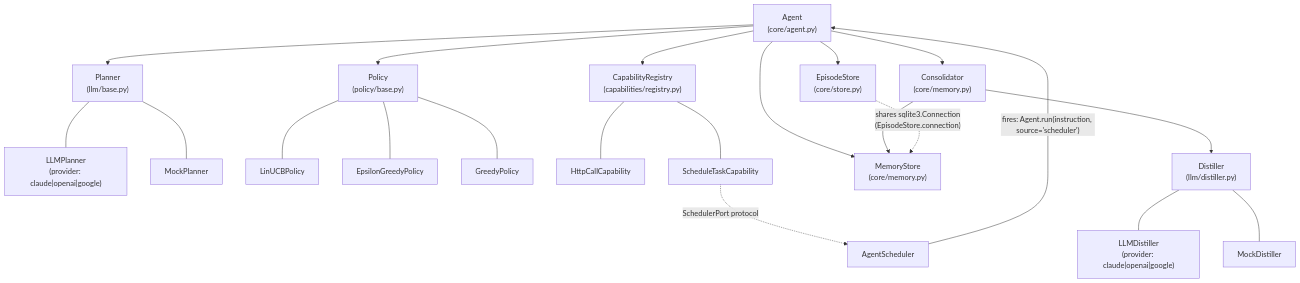
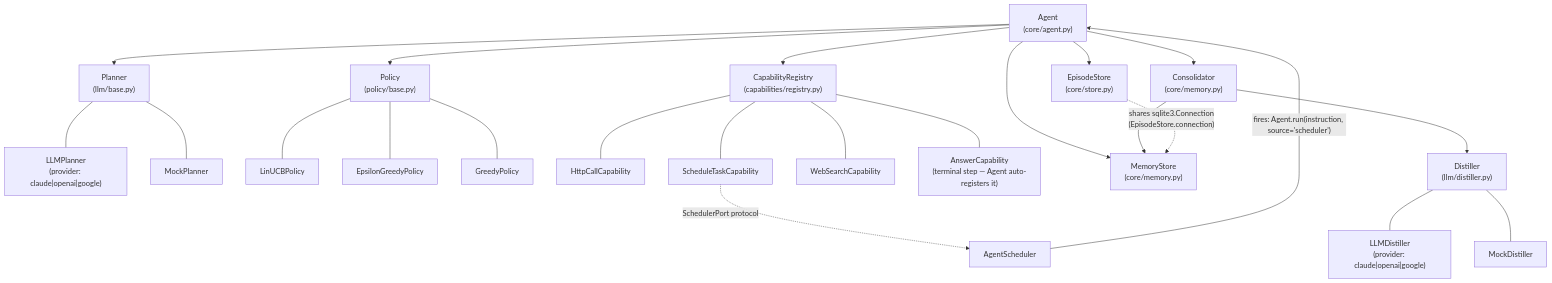
Before and after one commit to nadermedhet148/agentic-rl: the second of 6 diagrams in docs/ARCHITECTURE.md, drawn with Mermaid. The commit also changed other lines of this file and 35 other files, not shown here.

````diff
--- a/docs/ARCHITECTURE.md
+++ b/docs/ARCHITECTURE.md
@@ -54,47 +56,51 @@
 ```mermaid
 graph TB
     Agent["Agent<br/>(core/agent.py)"]
 
     Planner["Planner<br/>(llm/base.py)"]
     LLMPlanner["LLMPlanner<br/>(provider: claude|openai|google)"]
     MockPlanner["MockPlanner"]
     Planner --- LLMPlanner
     Planner --- MockPlanner
 
     Policy["Policy<br/>(policy/base.py)"]
     LinUCB["LinUCBPolicy"]
     Epsilon["EpsilonGreedyPolicy"]
     Greedy["GreedyPolicy"]
     Policy --- LinUCB
     Policy --- Epsilon
     Policy --- Greedy
 
     Registry["CapabilityRegistry<br/>(capabilities/registry.py)"]
     HttpCap["HttpCallCapability"]
     SchedCap["ScheduleTaskCapability"]
+    SearchCap["WebSearchCapability"]
+    AnswerCap["AnswerCapability<br/>(terminal step — Agent auto-registers it)"]
     Registry --- HttpCap
     Registry --- SchedCap
+    Registry --- SearchCap
+    Registry --- AnswerCap
 
     Store["EpisodeStore<br/>(core/store.py)"]
     Memory["MemoryStore<br/>(core/memory.py)"]
     Consolidator["Consolidator<br/>(core/memory.py)"]
     Distiller["Distiller<br/>(llm/distiller.py)"]
     LLMDistiller["LLMDistiller<br/>(provider: claude|openai|google)"]
     MockDistiller["MockDistiller"]
     Distiller --- LLMDistiller
     Distiller --- MockDistiller
 
     Agent --> Planner
     Agent --> Policy
     Agent --> Registry
     Agent --> Store
     Agent --> Memory
     Agent --> Consolidator
     Consolidator --> Distiller
     Consolidator --> Memory
 
     SchedCap -.->|SchedulerPort protocol| AgentScheduler["AgentScheduler"]
     AgentScheduler -->|"fires: Agent.run(instruction, source='scheduler')"| Agent
 
     Store -.->|"shares sqlite3.Connection<br/>(EpisodeStore.connection)"| Memory
 ```
````
